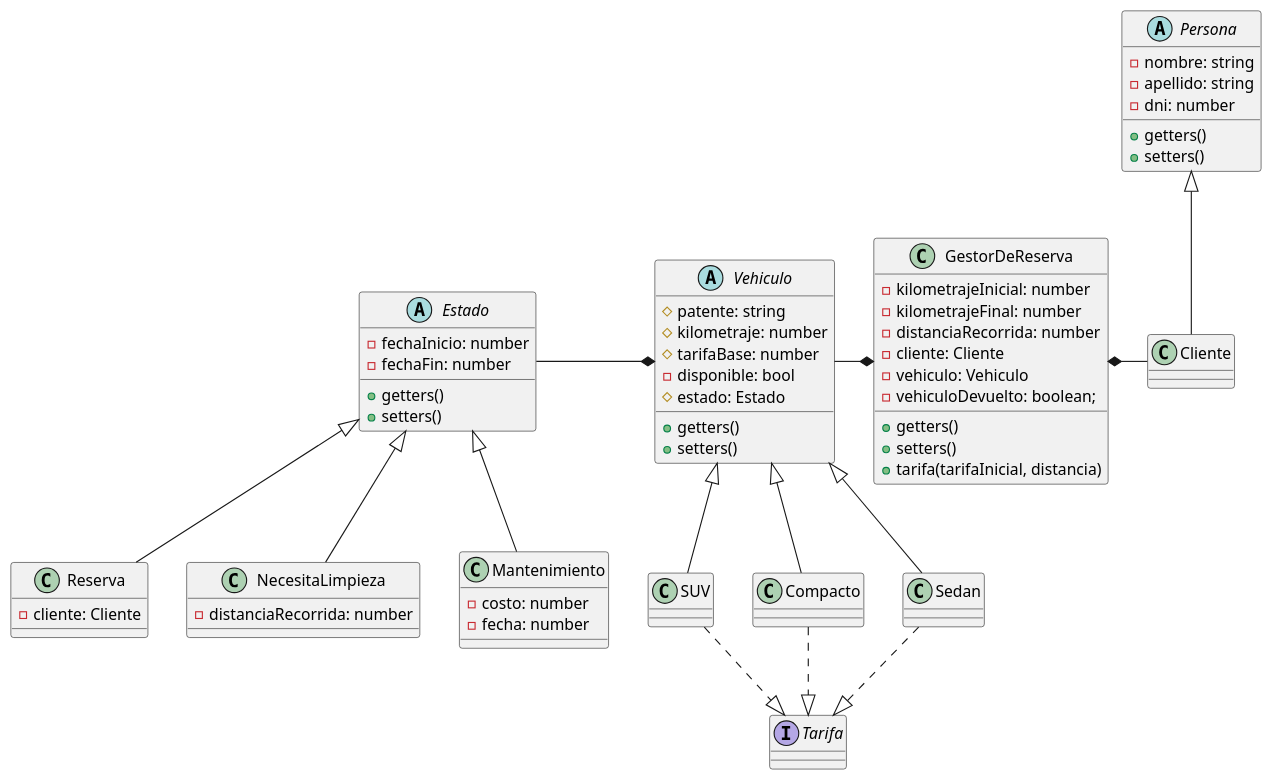
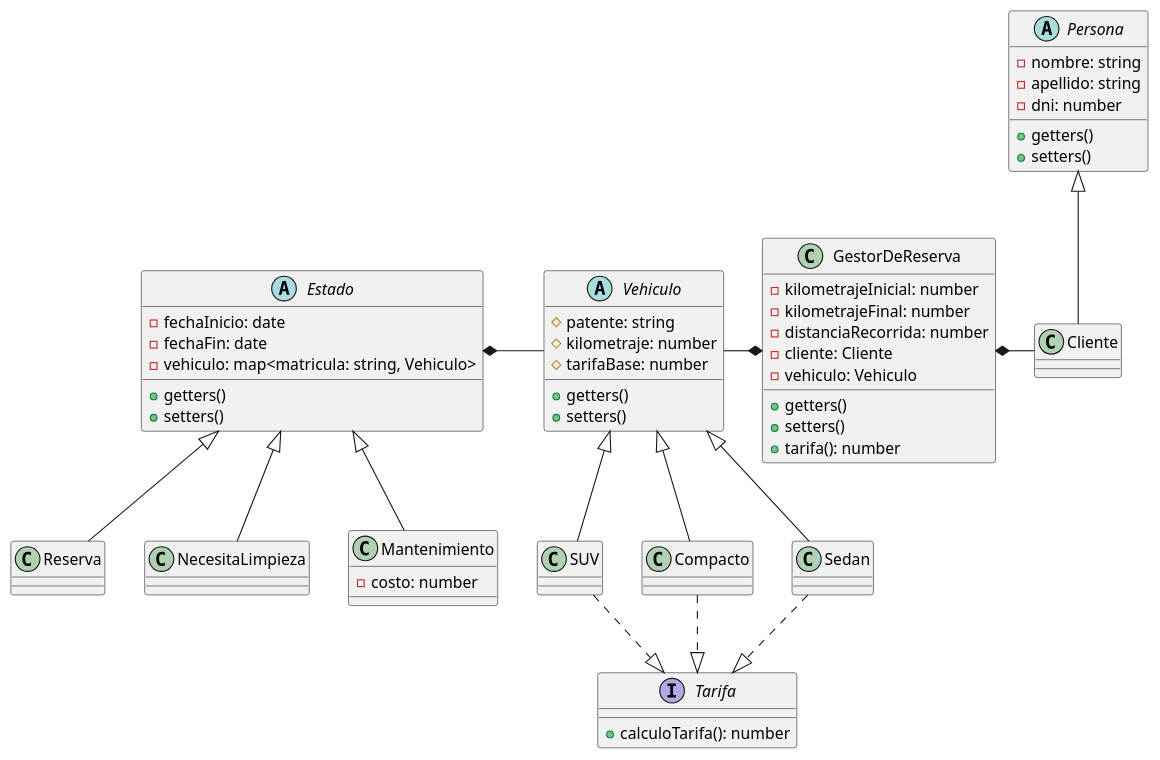
Before and after one commit to JLMinera/UTN_TUP_Proyecto-programacion_2: the diagram in DriveHub.puml, drawn with PlantUML.

Commit message:
Se redefinen atributos y dependencia entre clases

```diff
--- a/DriveHub.puml
+++ b/DriveHub.puml
@@ -1,104 +1,102 @@
 @startuml DriveHub
 
 ' Clases
 
 class GestorDeReserva {
     - kilometrajeInicial: number
     - kilometrajeFinal: number
     - distanciaRecorrida: number
     - cliente: Cliente
     - vehiculo: Vehiculo
-    - vehiculoDevuelto: boolean;
 
     + getters()
     + setters()
-    + tarifa(tarifaInicial, distancia)
+    + tarifa(): number
 }
 
 abstract class Persona {
     - nombre: string
     - apellido: string
     - dni: number
 
     + getters()
     + setters()
 }
 
 class Cliente {
 
 }
 
 
 abstract class Vehiculo {
     # patente: string
-    #kilometraje: number
+    # kilometraje: number
     # tarifaBase: number
-    - disponible: bool
-    # estado: Estado
 
     + getters()
     + setters()
 
 }
 
 class Sedan {
 
 }
 
 class Compacto {
 
 }
 
 class SUV {
 
 }
 
 interface Tarifa {
-
+    + calculoTarifa(): number
 }
 
 abstract class Estado {
-    - fechaInicio: number
-    - fechaFin: number
+    - fechaInicio: date
+    - fechaFin: date
+    - vehiculo: map<matricula: string, Vehiculo>
 
     + getters()
     + setters()
 }
 
 class Reserva {
-    - cliente: Cliente
+    
 }
 
 class NecesitaLimpieza {
-    - distanciaRecorrida: number
+    
 }
 
 class Mantenimiento {
     - costo: number
-    - fecha: number
+    
 }
 
 ' Relaciones
 
 Persona <|-d- Cliente
 
 Tarifa <|.u. Sedan
 Tarifa <|.u. Compacto
 Tarifa <|.u. SUV
 
 Vehiculo <|-d- Sedan
 Vehiculo <|-d- Compacto
 Vehiculo <|-d- SUV
 
 GestorDeReserva *-l- Vehiculo
 GestorDeReserva *-r- Cliente
 
-Vehiculo *-l- Estado
+Estado *-r- Vehiculo
 
 Estado <|-d- Reserva
 Estado <|-d- NecesitaLimpieza
 Estado <|-d- Mantenimiento
 
 
 
 @enduml
```
